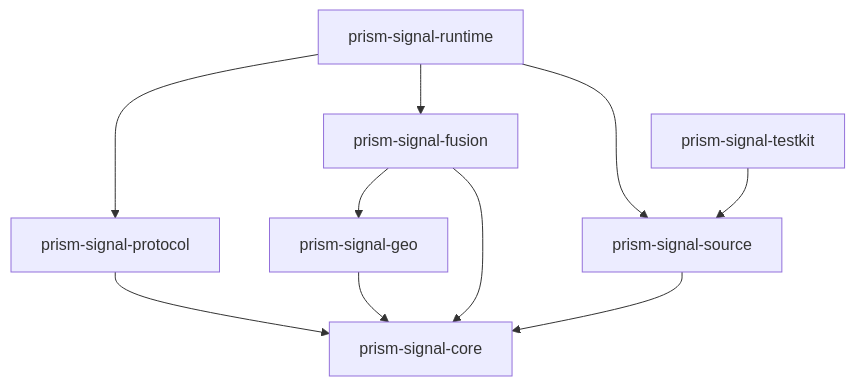
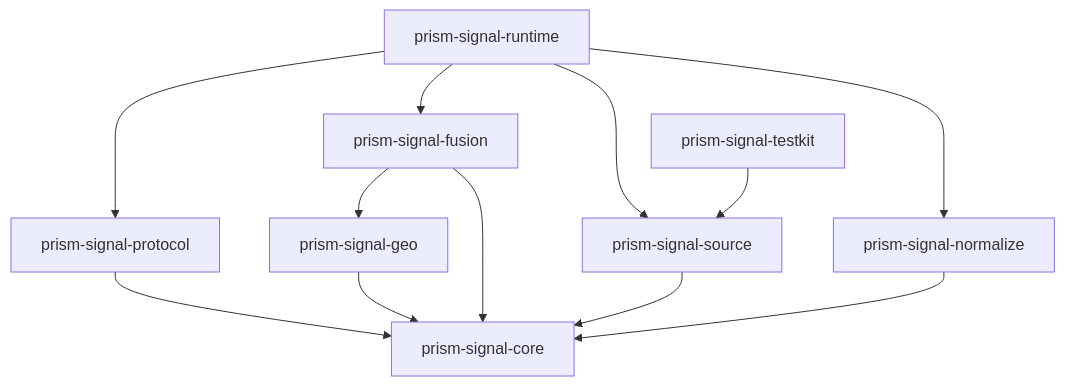
The first of 2 diagrams in docs/architecture.md (aiaiaiai-org/prism-signal), drawn with Mermaid before and after one commit. The commit also changed 20 other files, not shown here.

Commit message:
feat: normalize evidence into located SignalObservations on H3 (#3)

````diff
--- a/docs/architecture.md
+++ b/docs/architecture.md
@@ -19,12 +19,14 @@
 ```mermaid
 flowchart TD
     Protocol["prism-signal-protocol"] --> Core["prism-signal-core"]
     Geo["prism-signal-geo"] --> Core
     Fusion["prism-signal-fusion"] --> Core
     Fusion --> Geo
     Source["prism-signal-source"] --> Core
+    Normalize["prism-signal-normalize"] --> Core
     Runtime["prism-signal-runtime"] --> Protocol
     Runtime --> Fusion
     Runtime --> Source
+    Runtime --> Normalize
     Testkit["prism-signal-testkit"] --> Source
 ```
````
